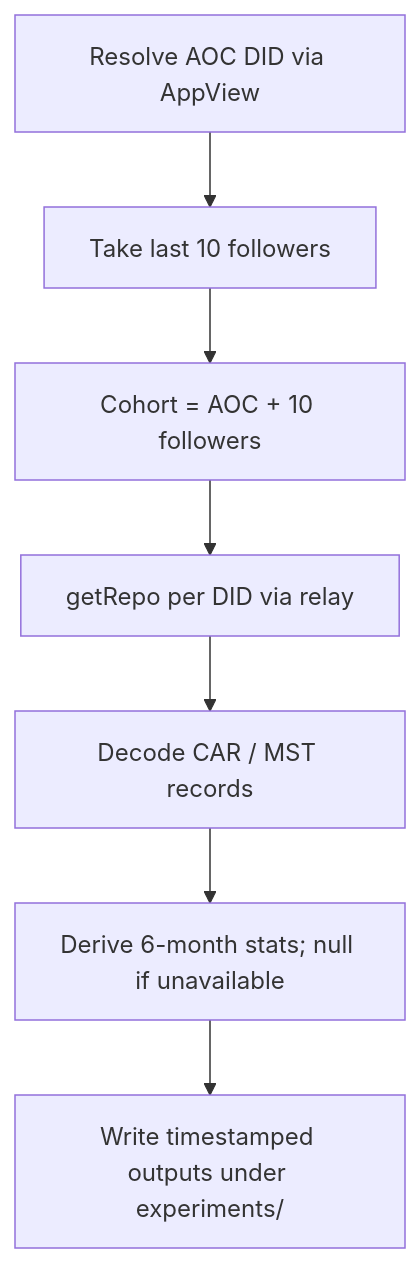
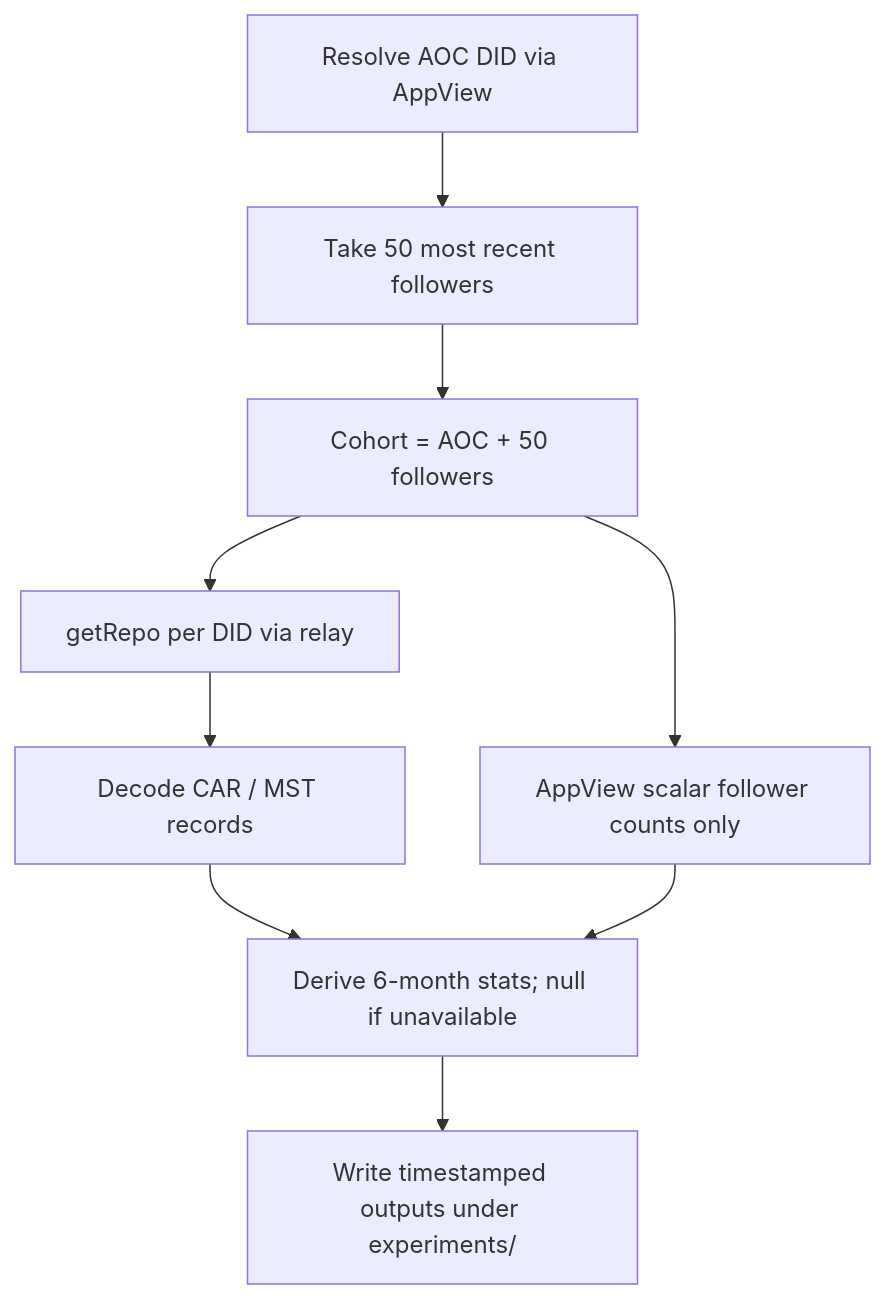
Before and after one commit to METResearchGroup/lab_data_integrations_interface: the diagram in docs/plans/2026-08-11_aoc_getrepo_derived_stats_dc0868/plan.md, drawn with Mermaid. The commit also changed other lines of this file and 5 other files, not shown here.

````diff
--- a/docs/plans/2026-08-11_aoc_getrepo_derived_stats_dc0868/plan.md
+++ b/docs/plans/2026-08-11_aoc_getrepo_derived_stats_dc0868/plan.md
@@ -19,9 +19,11 @@
 ```mermaid
 flowchart TD
-  resolve["Resolve AOC DID via AppView"] --> last10["Take last 10 followers"]
-  last10 --> cohort["Cohort = AOC + 10 followers"]
+  resolve["Resolve AOC DID via AppView"] --> last50["Take 50 most recent followers"]
+  last50 --> cohort["Cohort = AOC + 50 followers"]
+  cohort --> appview["AppView scalar follower counts only"]
   cohort --> repos["getRepo per DID via relay"]
   repos --> decode["Decode CAR / MST records"]
   decode --> derive["Derive 6-month stats; null if unavailable"]
+  appview --> derive
   derive --> out["Write timestamped outputs under experiments/"]
 ```
````
